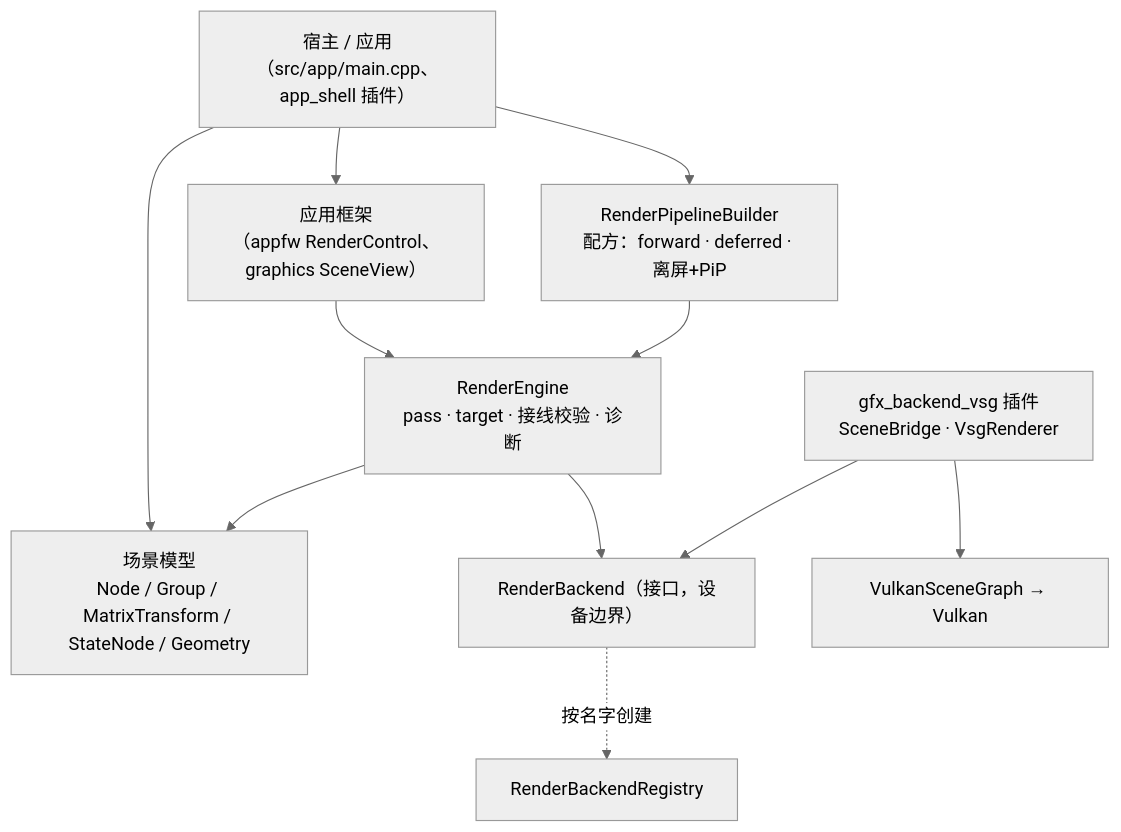
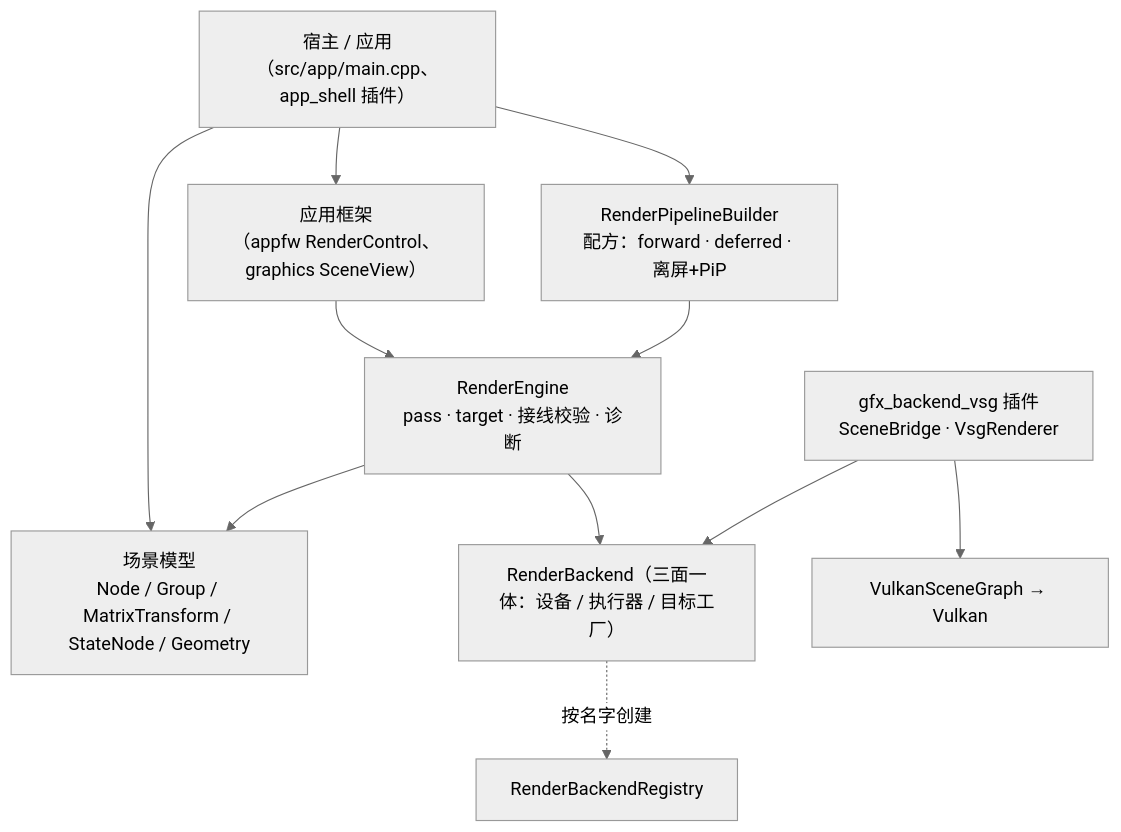
The diagram in src/viz/graphics/docs/usage.md (lonelyong/Vine), drawn with Mermaid (neutral theme) before and after one commit. The commit also changed other lines of this file and 41 other files, not shown here.

````diff
--- a/src/viz/graphics/docs/usage.md
+++ b/src/viz/graphics/docs/usage.md
@@ -15,20 +15,20 @@
 ```mermaid
 graph TB
     Host["宿主 / 应用<br/>（src/app/main.cpp、app_shell 插件）"]
     UI["应用框架<br/>（appfw RenderControl、graphics SceneView）"]
     Engine["RenderEngine<br/>pass · target · 接线校验 · 诊断"]
     Scene["场景模型<br/>Node / Group / MatrixTransform / StateNode / Geometry"]
     Builder["RenderPipelineBuilder<br/>配方：forward · deferred · 离屏+PiP"]
-    BackendIface["RenderBackend（接口，设备边界）"]
+    BackendIface["RenderBackend（三面一体：设备 / 执行器 / 目标工厂）"]
     Plugin["gfx_backend_vsg 插件<br/>SceneBridge · VsgRenderer"]
     VSG["VulkanSceneGraph → Vulkan"]
 
     Host --> UI --> Engine
     Host --> Scene
     Host --> Builder --> Engine
     Engine --> Scene
     Engine --> BackendIface
     BackendIface -. 按名字创建 .-> Registry["RenderBackendRegistry"]
     Plugin --> BackendIface
     Plugin --> VSG
 ```
````
